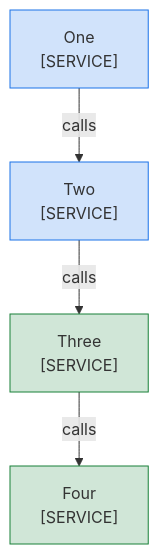
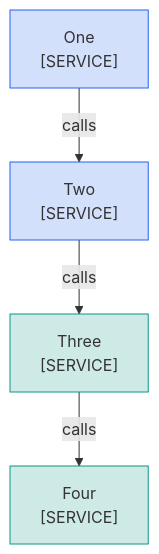
The diagram in skills/docsmith/scripts/fixtures/bad/mmd-color-legend.md (choonchernlim/skills), drawn with Mermaid before and after one commit. The commit also changed other lines of this file and 127 other files, not shown here.

````diff
--- a/skills/docsmith/scripts/fixtures/bad/mmd-color-legend.md
+++ b/skills/docsmith/scripts/fixtures/bad/mmd-color-legend.md
@@ -12,14 +12,15 @@
 ```mermaid
 graph TD
+  %%{init: {"themeCSS": ".cluster-label, .cluster-label div, .cluster-label span, .cluster-label p { text-align: center !important; }", "flowchart": {"curve": "rounded", "subGraphTitleMargin": {"top": 6, "bottom": 30}}}}%%
   One["One<br/>[SERVICE]"]
   Two["Two<br/>[SERVICE]"]
   Three["Three<br/>[SERVICE]"]
   Four["Four<br/>[SERVICE]"]
   One -->|"calls"| Two
   Two -->|"calls"| Three
   Three -->|"calls"| Four
   class One,Two own
   class Three,Four peer
-  classDef own fill:#1a73e833,stroke:#1a73e8
-  classDef peer fill:#18803833,stroke:#188038
+  classDef own fill:#2563eb33,stroke:#2563eb
+  classDef peer fill:#0d948833,stroke:#0d9488
 ```
````
